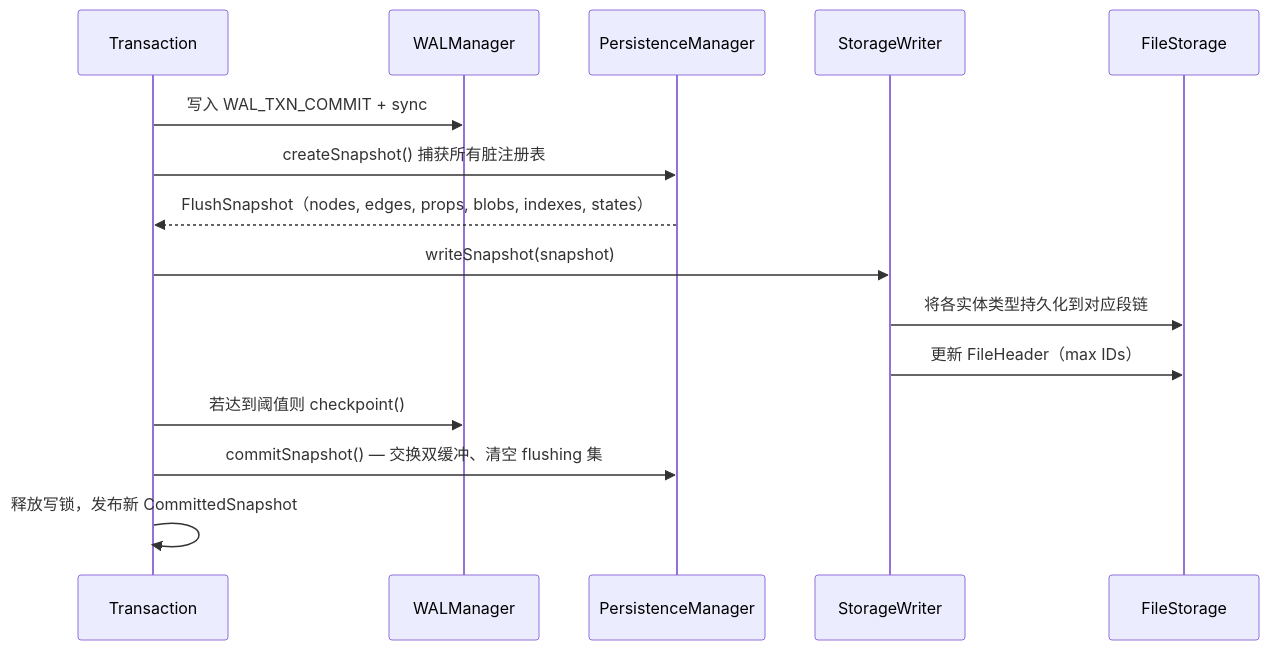
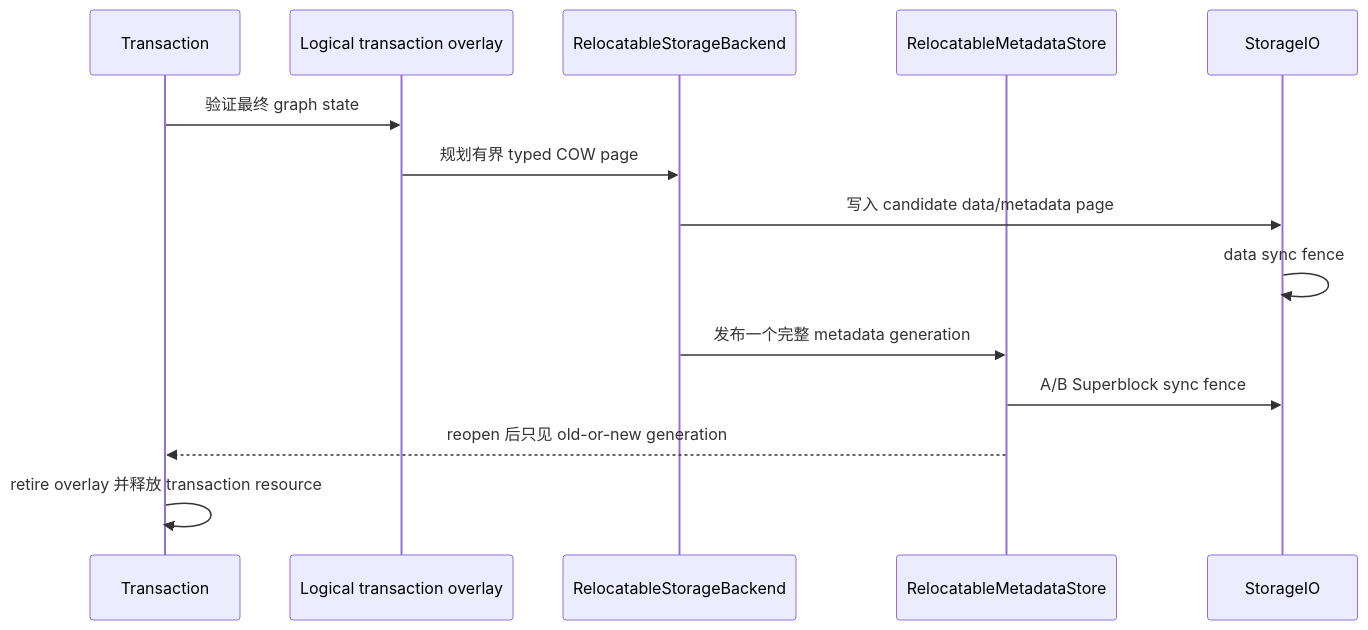
One commit to nexepic/zyx changed the third of 4 diagrams in docs/apps/docs/content/docs/zh/zyx/architecture/overview.mdx. Above: the diagram before and after it, drawn with Mermaid. The commit also changed other lines of this file and 1349 other files, not shown here.

First line of the commit message:
Retire legacy storage and harden native graph persistence

````diff
--- a/docs/apps/docs/content/docs/zh/zyx/architecture/overview.mdx
+++ b/docs/apps/docs/content/docs/zh/zyx/architecture/overview.mdx
@@ -116,18 +115,17 @@
 ```mermaid
 sequenceDiagram
     participant TX as Transaction
-    participant WAL as WALManager
-    participant PM as PersistenceManager
-    participant SW as StorageWriter
-    participant FS as FileStorage
+    participant Overlay as Logical transaction overlay
+    participant B as RelocatableStorageBackend
+    participant M as RelocatableMetadataStore
+    participant IO as StorageIO
 
-    TX->>WAL: 写入 WAL_TXN_COMMIT + sync
-    TX->>PM: createSnapshot() 捕获所有脏注册表
-    PM-->>TX: FlushSnapshot（nodes, edges, props, blobs, indexes, states）
-    TX->>SW: writeSnapshot(snapshot)
-    SW->>FS: 将各实体类型持久化到对应段链
-    SW->>FS: 更新 FileHeader（max IDs）
-    TX->>WAL: 若达到阈值则 checkpoint()
-    TX->>PM: commitSnapshot() — 交换双缓冲、清空 flushing 集
-    TX->>TX: 释放写锁，发布新 CommittedSnapshot
+    TX->>Overlay: 验证最终 graph state
+    Overlay->>B: 规划有界 typed COW page
+    B->>IO: 写入 candidate data/metadata page
+    IO->>IO: data sync fence
+    B->>M: 发布一个完整 metadata generation
+    M->>IO: A/B Superblock sync fence
+    M-->>TX: reopen 后只见 old-or-new generation
+    TX->>TX: retire overlay 并释放 transaction resource
 ```
````
